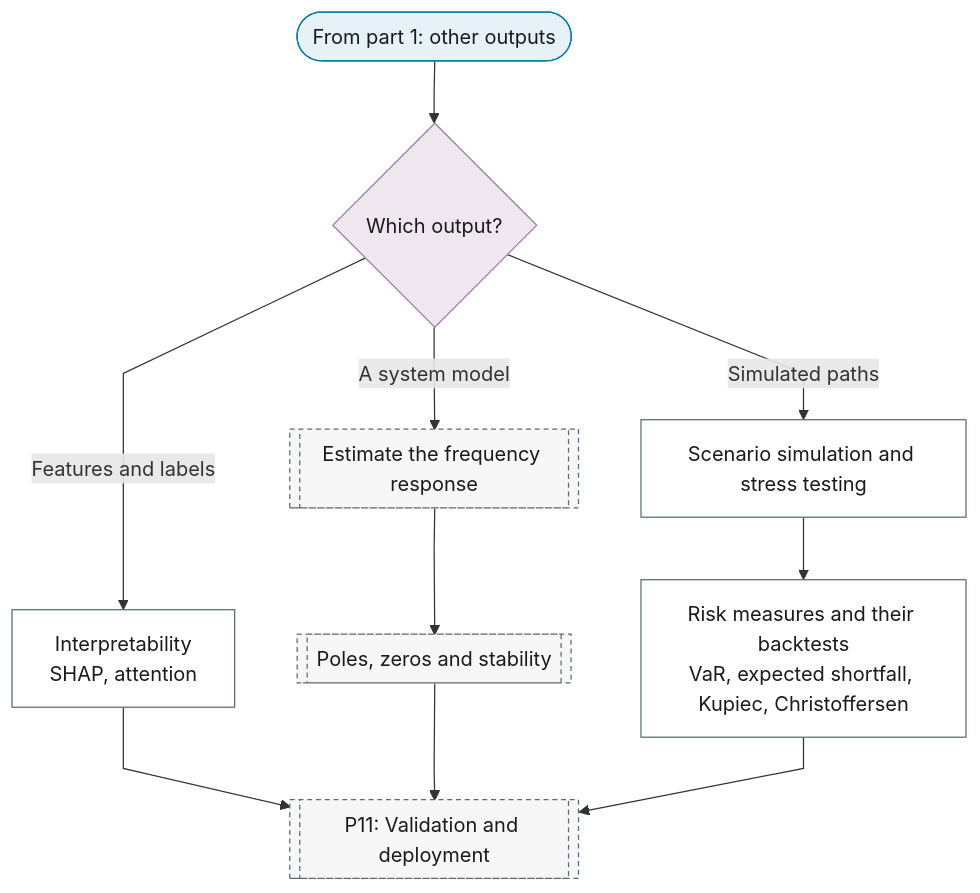
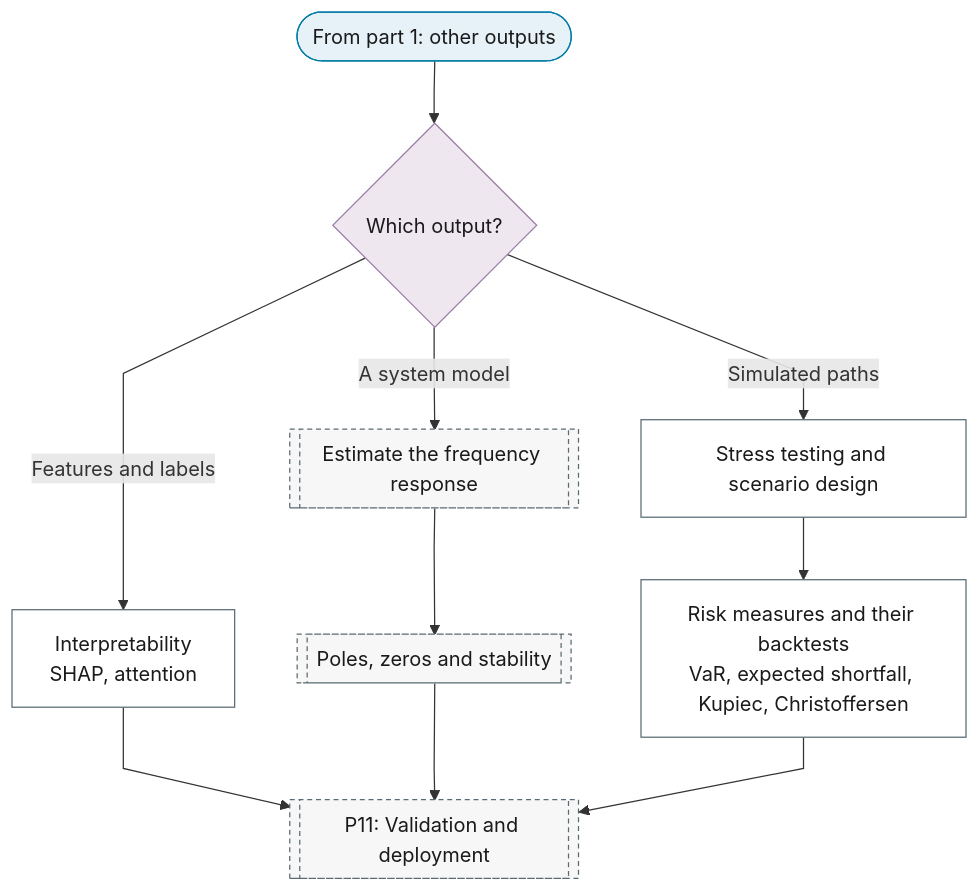
One commit to Shuxin-Y/time-series-analysis-manual changed the fifth of 5 diagrams in docs/01-workflow/p10-inference.md. Above: the diagram before and after it, drawn with Mermaid. The commit also changed other lines of this file and 6 other files, not shown here.

````diff
--- a/docs/01-workflow/p10-inference.md
+++ b/docs/01-workflow/p10-inference.md
@@ -138,23 +138,23 @@
 ```mermaid
 %%{init: {"flowchart": {"curve": "linear"}}}%%
 graph TD
     P10_PART_5_IN(["From part 1: other outputs"]) --> P10_OUTPUTS{"Which output?"}
     P10_OUTPUTS -->|"Features and labels"| P10_INTERPRETABILITY["Interpretability<br/>SHAP, attention"]
     P10_OUTPUTS -->|"A system model"| P2_SI_TRANSFER_FUNCTION[["Estimate the frequency response"]]
-    P10_OUTPUTS -->|"Simulated paths"| P10_SCENARIOS["Scenario simulation and stress testing"]
+    P10_OUTPUTS -->|"Simulated paths"| P10_SCENARIOS["Stress testing and scenario design"]
     P2_SI_TRANSFER_FUNCTION --> P2_SI_STABILITY[["Poles, zeros and stability"]]
     P10_SCENARIOS --> P10_RISK_MEASURES["Risk measures and their backtests<br/>VaR, expected shortfall, Kupiec, Christoffersen"]
     P10_INTERPRETABILITY & P2_SI_STABILITY & P10_RISK_MEASURES --> P11[["P11: Validation and deployment"]]
     class P10_PART_5_IN terminator
     class P10_OUTPUTS decision
     class P10_INTERPRETABILITY,P10_SCENARIOS,P10_RISK_MEASURES process
     class P2_SI_TRANSFER_FUNCTION,P2_SI_STABILITY,P11 ref
     classDef terminator fill:#E6F2F7,stroke:#007BA7,color:#1A1A1A;
     classDef process fill:#FFFFFF,stroke:#5A6B73,color:#1A1A1A;
     classDef decision fill:#EFE7F0,stroke:#9B7FA7,color:#1A1A1A;
     classDef data fill:#FFF4E0,stroke:#C9A55E,color:#1A1A1A;
     classDef good fill:#DCEFD8,stroke:#4A7A3F,color:#1A1A1A;
     classDef escalate fill:#FFE9C2,stroke:#C9A55E,color:#1A1A1A;
     classDef problem fill:#F2D9DE,stroke:#800020,color:#1A1A1A;
     classDef ref fill:#F7F7F7,stroke:#5A6B73,color:#1A1A1A,stroke-dasharray:4 3;
 ```
````
